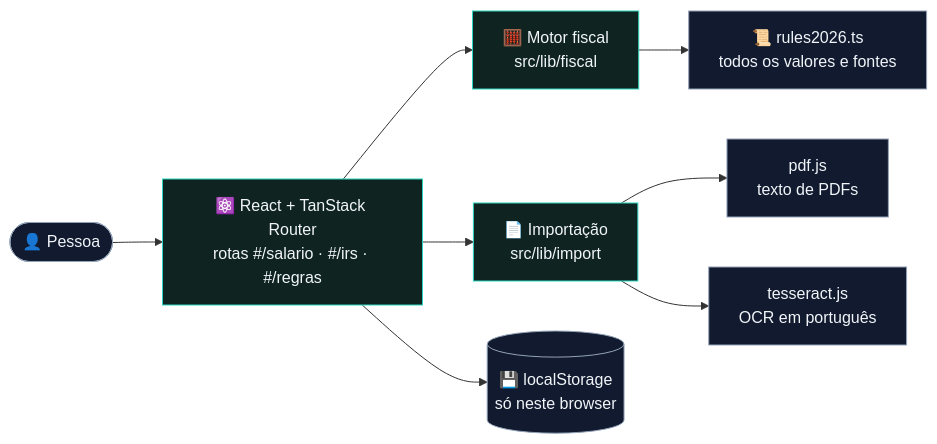
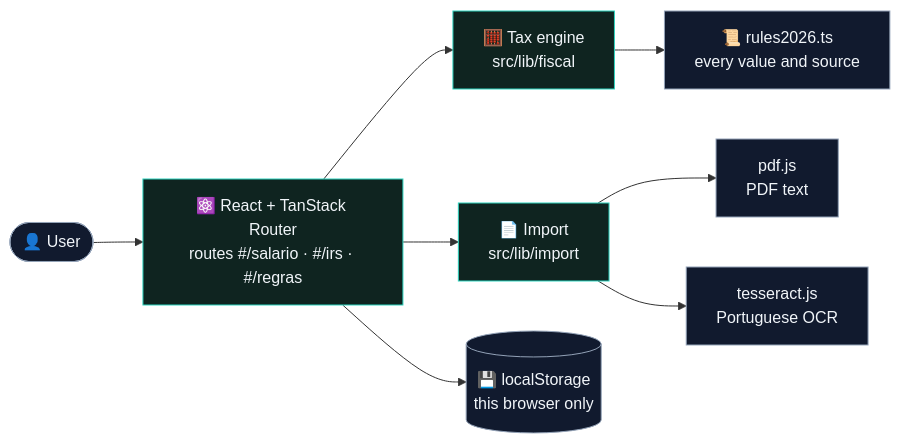
Before and after one commit to RafaDevpt/Personal-AI-Projects: the first of 2 diagrams in projects/contas-certas/README.md, drawn with Mermaid. The commit also changed other lines of this file and 9 other files, not shown here.

````diff
--- a/projects/contas-certas/README.md
+++ b/projects/contas-certas/README.md
@@ -70,14 +68,14 @@
 ```mermaid
 flowchart LR
-    U(["👤 Pessoa"]) --> UI["⚛️ React + TanStack Router<br/>rotas #/salario · #/irs · #/regras"]
-    UI --> F["🧮 Motor fiscal<br/>src/lib/fiscal"]
-    F --> R["📜 rules2026.ts<br/>todos os valores e fontes"]
-    UI --> I["📄 Importação<br/>src/lib/import"]
-    I --> PDF["pdf.js<br/>texto de PDFs"]
-    I --> OCR["tesseract.js<br/>OCR em português"]
-    UI --> LS[("💾 localStorage<br/>só neste browser")]
+    U(["👤 User"]) --> UI["⚛️ React + TanStack Router<br/>routes #/salario · #/irs · #/regras"]
+    UI --> F["🧮 Tax engine<br/>src/lib/fiscal"]
+    F --> R["📜 rules2026.ts<br/>every value and source"]
+    UI --> I["📄 Import<br/>src/lib/import"]
+    I --> PDF["pdf.js<br/>PDF text"]
+    I --> OCR["tesseract.js<br/>Portuguese OCR"]
+    UI --> LS[("💾 localStorage<br/>this browser only")]
 
     classDef a fill:#0f2420,stroke:#2dd4bf,color:#f1f5f9;
     classDef b fill:#111a2e,stroke:#94a3b8,color:#f1f5f9;
     class UI,F,I a; class R,PDF,OCR,LS,U b;
 ```
````
